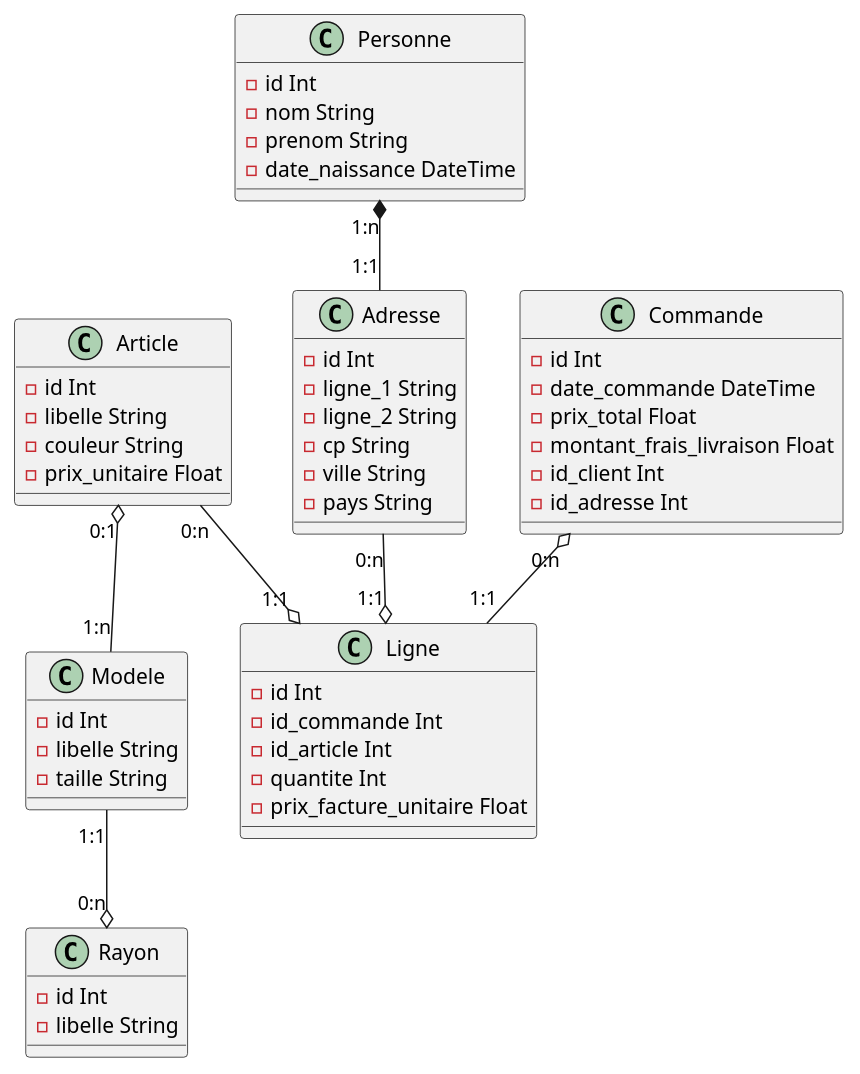
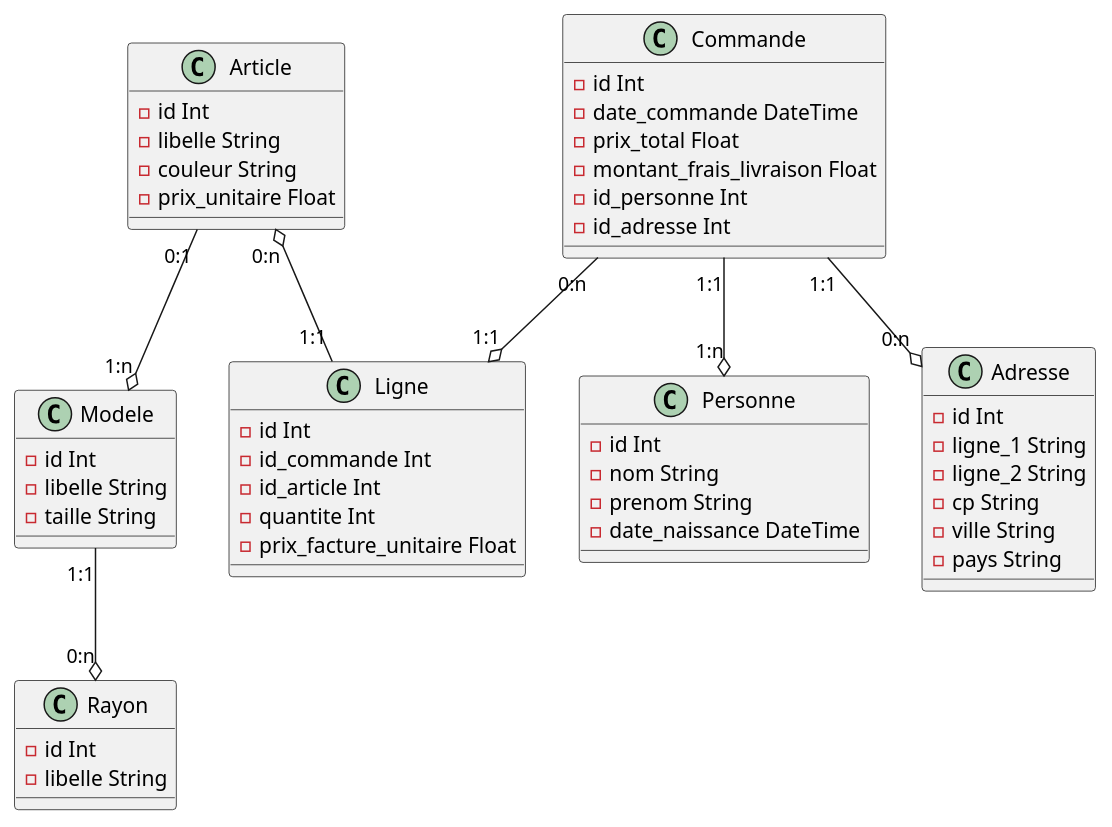
One commit to Unknow46/M1III_Vente_Confinement changed the diagram in doc/models.puml. Above: the diagram before and after it, drawn with PlantUML. The commit also changed 4 other files, not shown here.

Commit message:
:construction: change models and puml add Ligne java class up adresse java class

```diff
--- a/doc/models.puml
+++ b/doc/models.puml
@@ -1,64 +1,64 @@
 @startuml Class Article
 
 class Article {
     - id Int
     - libelle String
     - couleur String 
     - prix_unitaire Float
 }
 
 class Modele{
     - id Int
     - libelle String
     - taille String 
 }
 
 class Rayon{
     - id Int
     - libelle String 
 }
 
 class Personne{
     - id Int
     - nom String
     - prenom String
     - date_naissance DateTime 
 }
 
 class Adresse{
     - id Int
     - ligne_1 String
     - ligne_2 String
     - cp String
     - ville String
     - pays String
 }
 
 class Commande{
     - id Int
     - date_commande DateTime
     - prix_total Float
     - montant_frais_livraison Float
-    - id_client Int
+    - id_personne Int
     - id_adresse Int
 }
 
 class Ligne{
     - id Int
     - id_commande Int
     - id_article Int
     - quantite Int
     - prix_facture_unitaire Float
 }
 
 
-Article "0:1" o-- "1:n" Modele
+Article "0:1" --o "1:n" Modele
 Modele "1:1" --o "0:n" Rayon
 
-Article "0:n" --o "1:1" Ligne 
-Adresse "0:n" --o "1:1" Ligne
+Article "0:n" o-- "1:1" Ligne
 
-Personne "1:n" *-- "1:1" Adresse
-Commande "0:n" o-- "1:1" Ligne
+Commande "1:1" --o "1:n" Personne
+Commande "0:n" --o "1:1" Ligne
+Commande "1:1" --o "0:n" Adresse
 
 @enduml
```
